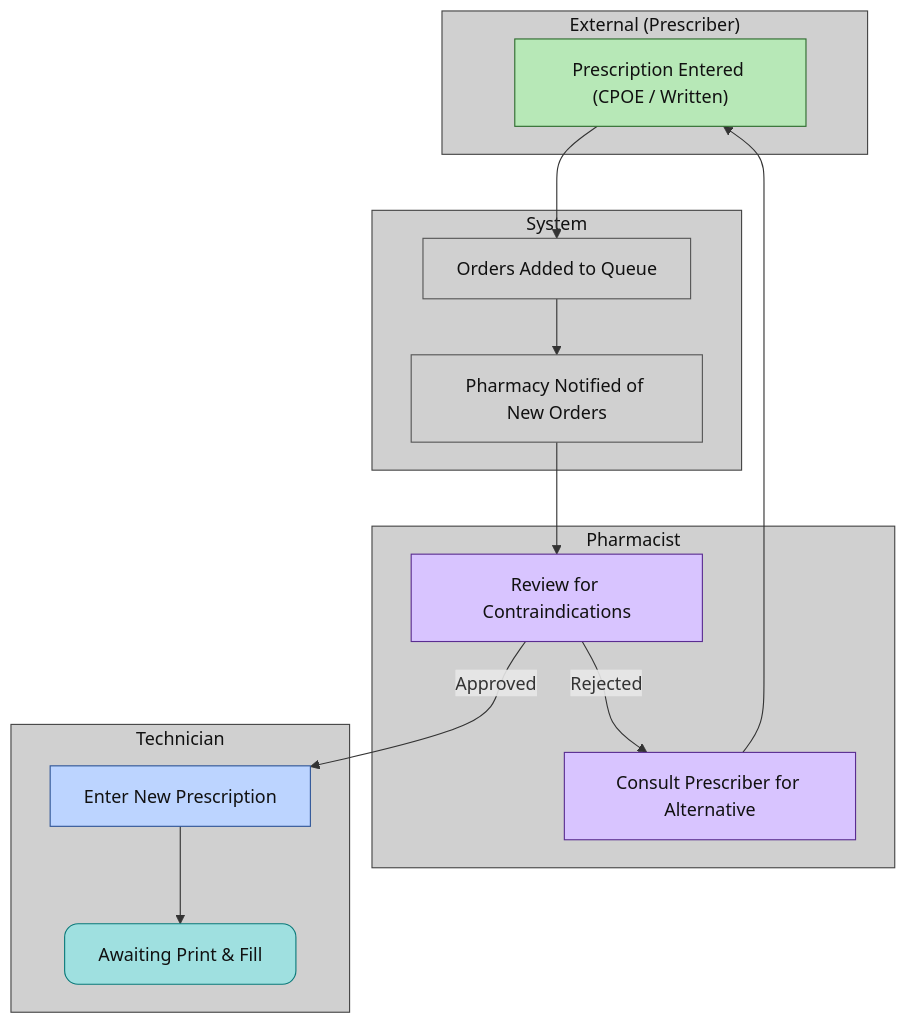
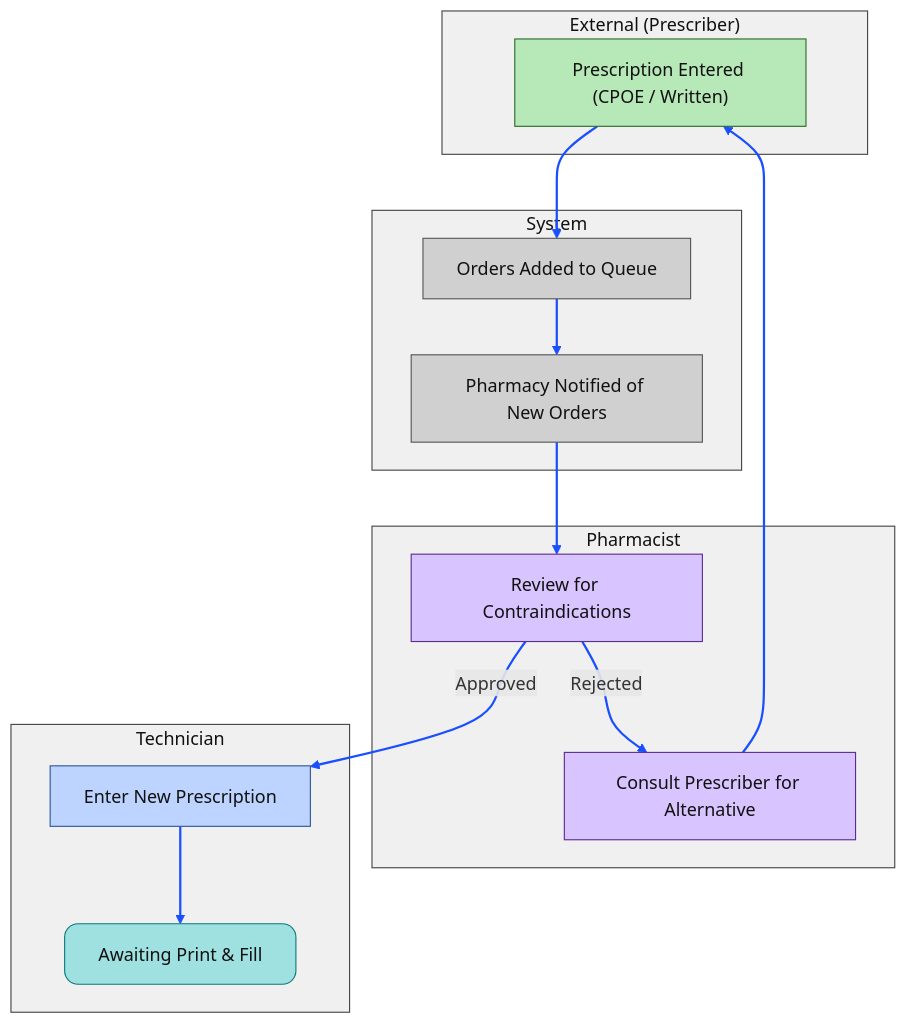
One commit to ctnava/rxtechnotes changed the second of 2 diagrams in core_operations.md. Above: the diagram before and after it, drawn with Mermaid.

Commit message:
blue arrows

````diff
--- a/core_operations.md
+++ b/core_operations.md
@@ -250,50 +250,51 @@
 ```mermaid
 flowchart TD
 
 %% =========================
 %% STYLE DEFINITIONS
 %% =========================
-classDef lane fill:#d0d0d0,stroke:#444,stroke-width:1px,color:#111
+linkStyle default stroke:#1a4fff,stroke-width:2px
+classDef lane fill:#f0f0f0,stroke:#444,stroke-width:1px,color:#111
 classDef external fill:#b7e8b7,stroke:#2d6b2d,stroke-width:1px,color:#111
 classDef tech fill:#bcd4ff,stroke:#2f5597,stroke-width:1px,color:#111
 classDef pharm fill:#d8c4ff,stroke:#5a2d91,stroke-width:1px,color:#111
 classDef system fill:#d0d0d0,stroke:#555,stroke-width:1px,color:#111
 classDef terminator fill:#9fe0e0,stroke:#0a7a7a,stroke-width:1px,rx:12,ry:12,color:#111
 classDef decision fill:#ffe98a,stroke:#b58a00,stroke-width:1px,rx:4,ry:4,color:#111
 
 %% =========================
 %% SWIMLANES
 %% =========================
 
 subgraph EXT["External (Prescriber)"]
     A1["Prescription Entered (CPOE / Written)"]:::external
 end
 class EXT lane
 
 subgraph SYS["System"]
     S1["Orders Added to Queue"]:::system
     S2["Pharmacy Notified of New Orders"]:::system
 end
 class SYS lane
 
 subgraph PHARM["Pharmacist"]
     P1["Review for Contraindications"]:::pharm
     P2["Consult Prescriber for Alternative"]:::pharm
 end
 class PHARM lane
 
 subgraph TECH["Technician"]
     T1["Enter New Prescription"]:::tech
     T2["Awaiting Print & Fill"]:::terminator
 end
 class TECH lane
 
 %% =========================
 %% FLOW
 %% =========================
 
 A1 --> S1 --> S2 --> P1
 
 P1 -->|Approved| T1 --> T2
 P1 -->|Rejected| P2 --> A1
 ```
````
